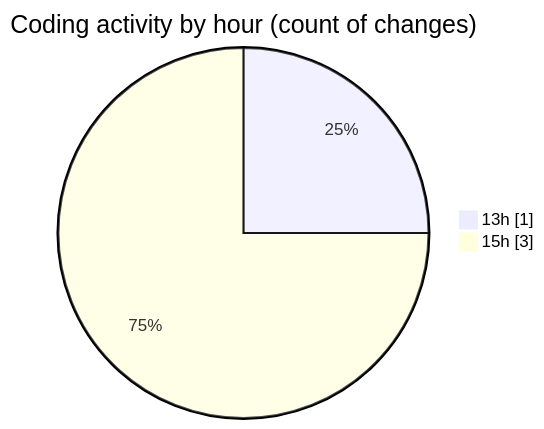
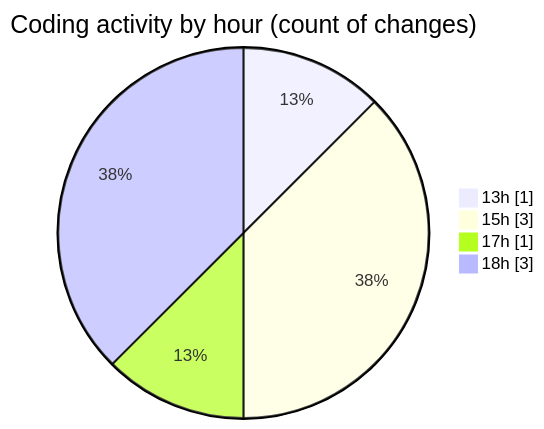
Before and after one commit to nxtqubesakshisongat/code-tracking: the second of 2 diagrams in 2025-04-09/nxtqube_webapp/README.md, drawn with Mermaid. The commit also changed other lines of this file and 1 other file, not shown here.

````diff
--- a/2025-04-09/nxtqube_webapp/README.md
+++ b/2025-04-09/nxtqube_webapp/README.md
@@ -31,6 +31,8 @@
 ```mermaid
 pie showData
 title Coding activity by hour (count of changes)
 "13h" : 1
 "15h" : 3
+"17h" : 1
+"18h" : 3
 ```
````
